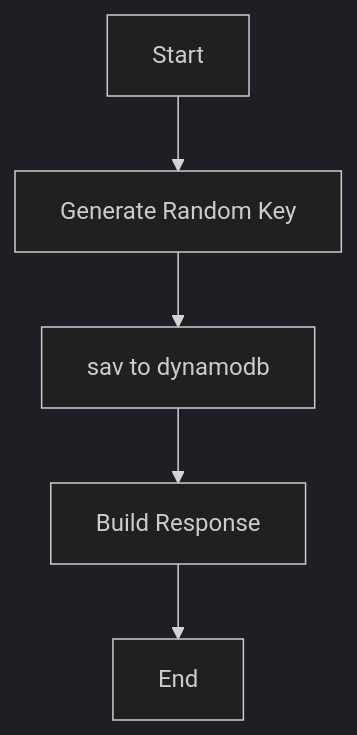
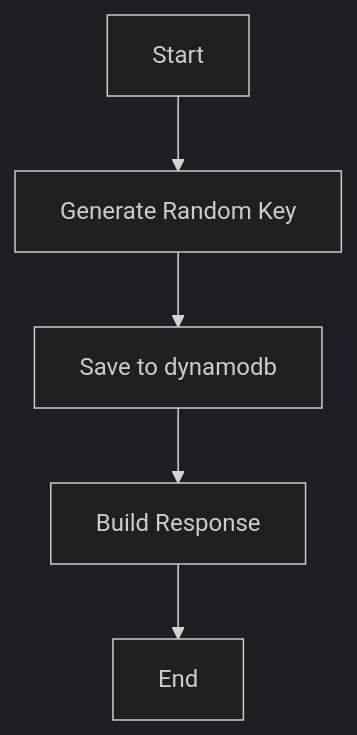
One commit to jackjieYYY/hostloc changed the first of 4 diagrams in README.md. Above: the diagram before and after it, drawn with Mermaid (dark theme). The commit also changed other lines of this file, not shown here.

````diff
--- a/README.md
+++ b/README.md
@@ -3,7 +155,7 @@
 ```mermaid
 graph TD
 A[Start] --> B[Generate Random Key]
-B  --> C[sav to dynamodb]
+B  --> C[Save to dynamodb]
 C --> D[Build Response]
 D --> E[End]
 ```
````
